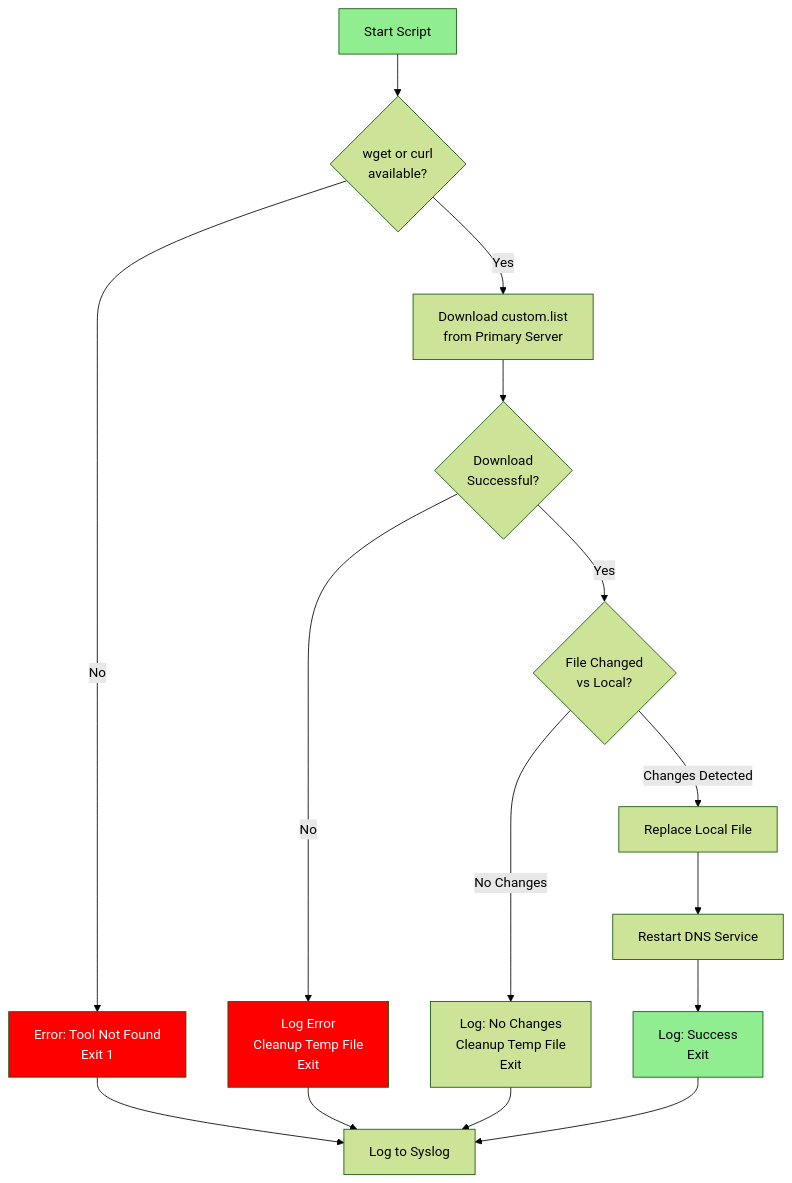
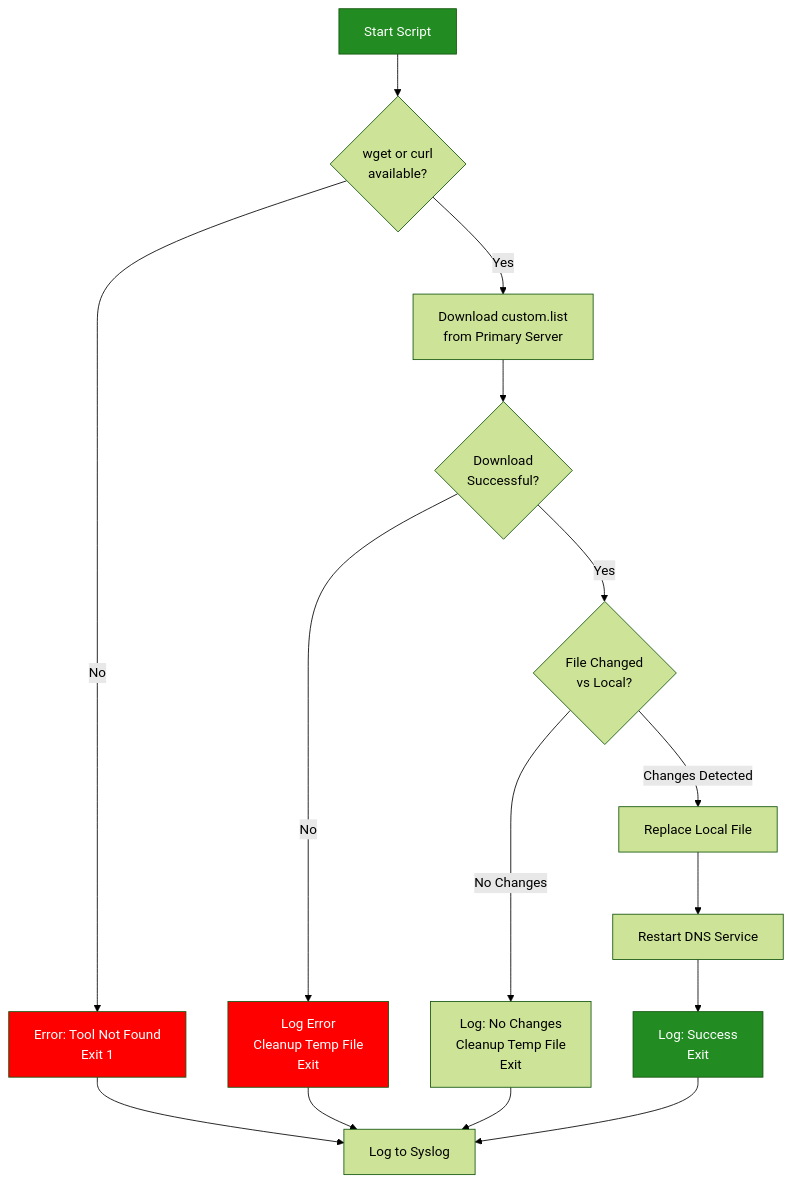
Before and after one commit to alexd-gh/Pi-Hole-custom.list-Synchronizer: the first of 2 diagrams in README.md, drawn with Mermaid (forest theme).

````diff
--- a/README.md
+++ b/README.md
@@ -39,21 +39,21 @@
 ```mermaid
 graph TD
     A["Start Script"] --> B{"wget or curl<br/>available?"}
     B -->|No| C["Error: Tool Not Found<br/>Exit 1"]
     B -->|Yes| D["Download custom.list<br/>from Primary Server"]
     D --> E{"Download<br/>Successful?"}
     E -->|No| F["Log Error<br/>Cleanup Temp File<br/>Exit"]
     E -->|Yes| G{"File Changed<br/>vs Local?"}
     G -->|No Changes| H["Log: No Changes<br/>Cleanup Temp File<br/>Exit"]
     G -->|Changes Detected| I["Replace Local File"]
     I --> J["Restart DNS Service"]
     J --> K["Log: Success<br/>Exit"]
     C --> L["Log to Syslog"]
     F --> L
     H --> L
     K --> L
-    style A fill:#90EE90
-    style K fill:#90EE90
+    style A fill:#228B22,color:#fff
+    style K fill:#228B22,color:#fff
     style C fill:#FF0000,color:#fff
     style F fill:#FF0000,color:#fff
 ```
````
